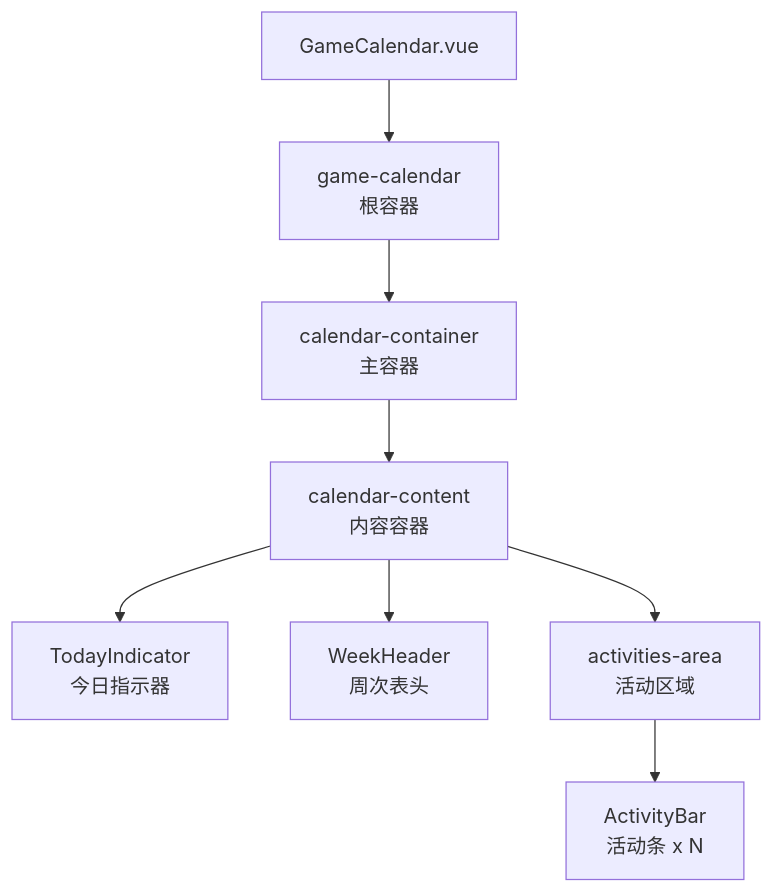
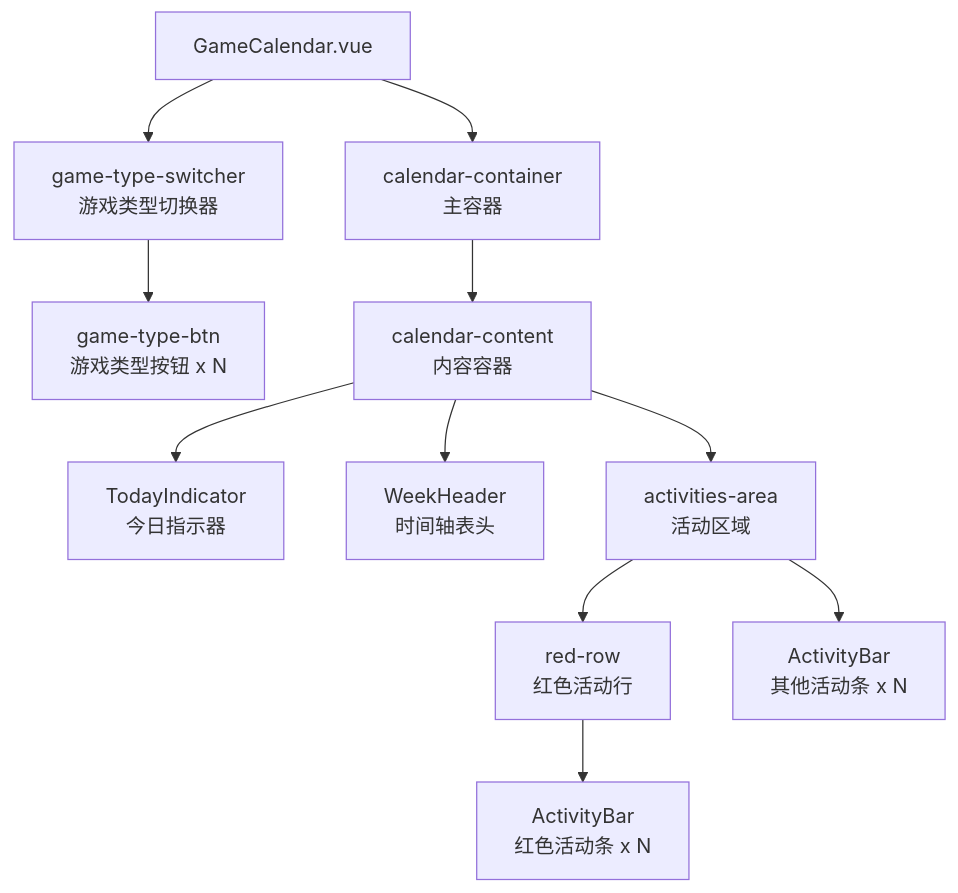
One commit to xuanyulingnfeg/gameCalendar changed the second of 10 diagrams in .qoder/repowiki/zh/content/核心组件/GameCalendar 主容器组件.md. Above: the diagram before and after it, drawn with Mermaid. The commit also changed other lines of this file and 5 other files, not shown here.

````diff
--- a/.qoder/repowiki/zh/content/核心组件/GameCalendar 主容器组件.md
+++ b/.qoder/repowiki/zh/content/核心组件/GameCalendar 主容器组件.md
@@ -93,10 +100,13 @@
 ```mermaid
 flowchart TD
-GameCalendar[GameCalendar.vue] --> GameCalendarDiv[game-calendar<br/>根容器]
-GameCalendarDiv --> CalendarContainer[calendar-container<br/>主容器]
+GameCalendar[GameCalendar.vue] --> GameTypeSwitcher[game-type-switcher<br/>游戏类型切换器]
+GameTypeSwitcher --> GameTypeButtons[game-type-btn<br/>游戏类型按钮 x N]
+GameCalendar --> CalendarContainer[calendar-container<br/>主容器]
 CalendarContainer --> CalendarContent[calendar-content<br/>内容容器]
 CalendarContent --> TodayIndicator[TodayIndicator<br/>今日指示器]
-CalendarContent --> WeekHeader[WeekHeader<br/>周次表头]
+CalendarContent --> WeekHeader[WeekHeader<br/>时间轴表头]
 CalendarContent --> ActivitiesArea[activities-area<br/>活动区域]
-ActivitiesArea --> ActivityBars[ActivityBar<br/>活动条 x N]
+ActivitiesArea --> RedRow[red-row<br/>红色活动行]
+RedRow --> RedActivityBars[ActivityBar<br/>红色活动条 x N]
+ActivitiesArea --> OtherActivityBars[ActivityBar<br/>其他活动条 x N]
 ```
````
